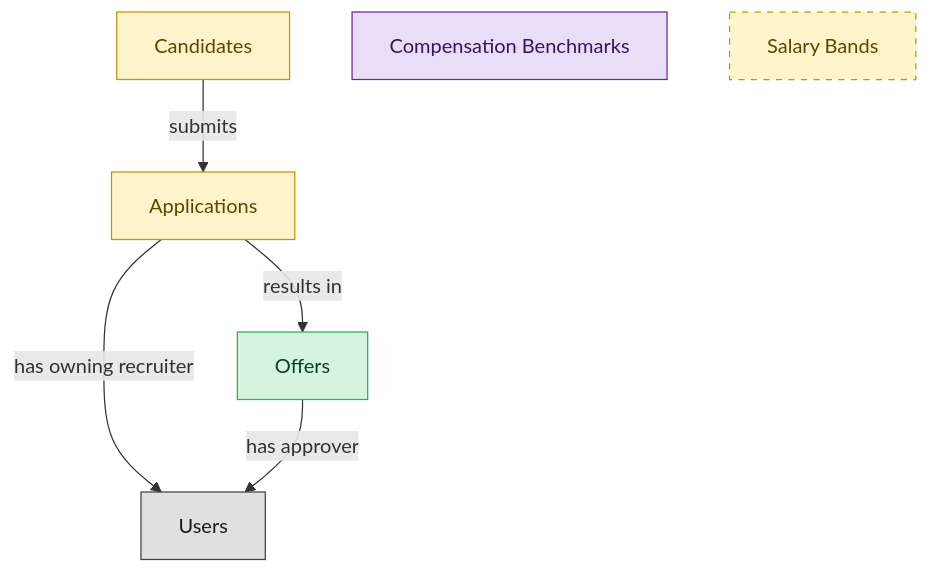
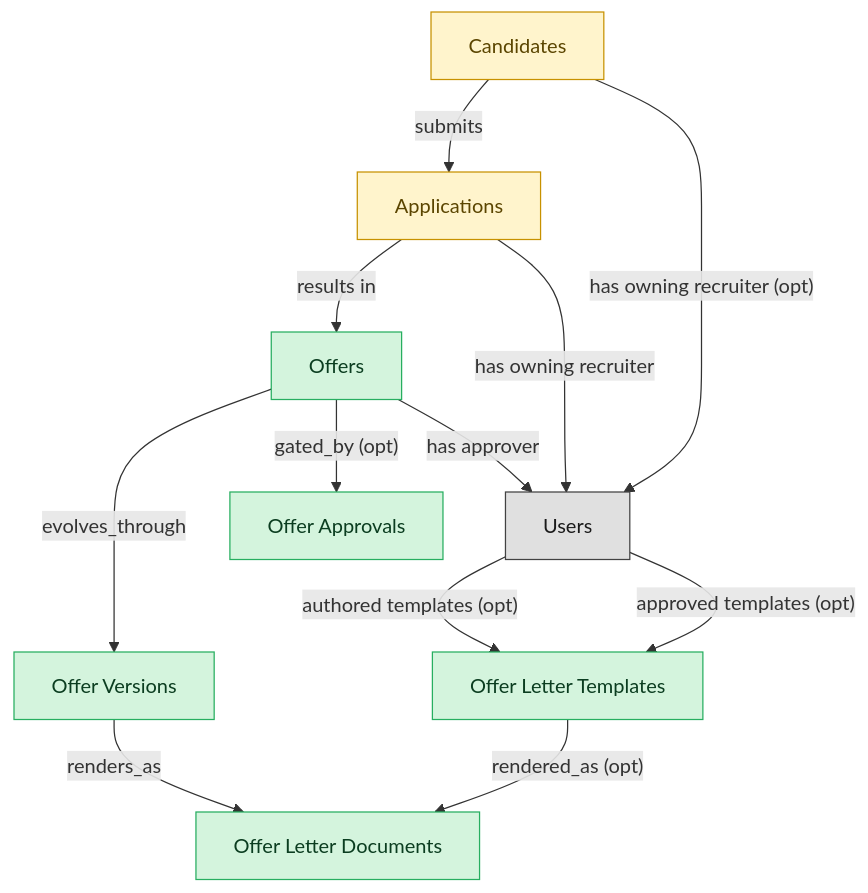
The diagram in catalog/blueprints/ats-offers-semantic-blueprint.md (IntranetFactory/domain-map), drawn with Mermaid before and after one commit. The commit also changed other lines of this file and 170 other files, not shown here.

````diff
--- a/catalog/blueprints/ats-offers-semantic-blueprint.md
+++ b/catalog/blueprints/ats-offers-semantic-blueprint.md
@@ -30,24 +34,33 @@
 ```mermaid
 flowchart TD
   classDef master fill:#d4f4dd,stroke:#27ae60,color:#0b3d20;
   classDef embedded_master fill:#fff4cc,stroke:#c79100,color:#5b4500;
-  classDef consumer fill:#e8def8,stroke:#7b1fa2,color:#3a155d;
   classDef platform_builtin fill:#e0e0e0,stroke:#424242,color:#1a1a1a;
   job_offers["Offers"]
   candidates["Candidates"]
   job_applications["Applications"]
-  compensation_benchmarks["Compensation Benchmarks"]
-  salary_bands["Salary Bands"]
+  offer_versions["Offer Versions"]
+  offer_approvals["Offer Approvals"]
+  offer_letter_documents["Offer Letter Documents"]
+  offer_letter_templates["Offer Letter Templates"]
   users["Users"]
+  job_offers -->|"evolves_through"| offer_versions
+  job_offers -->|"gated_by (opt)"| offer_approvals
+  offer_versions -->|"renders_as"| offer_letter_documents
+  offer_letter_templates -->|"rendered_as (opt)"| offer_letter_documents
   candidates -->|"submits"| job_applications
   job_applications -->|"results in"| job_offers
+  candidates -->|"has owning recruiter (opt)"| users
+  users -->|"authored templates (opt)"| offer_letter_templates
+  users -->|"approved templates (opt)"| offer_letter_templates
   job_applications -->|"has owning recruiter"| users
   job_offers -->|"has approver"| users
   class job_offers master;
   class candidates embedded_master;
   class job_applications embedded_master;
-  class compensation_benchmarks consumer;
-  class salary_bands embedded_master;
+  class offer_versions master;
+  class offer_approvals master;
+  class offer_letter_documents master;
+  class offer_letter_templates master;
   class users platform_builtin;
-  style salary_bands stroke-dasharray:5 5;
 ```
````
